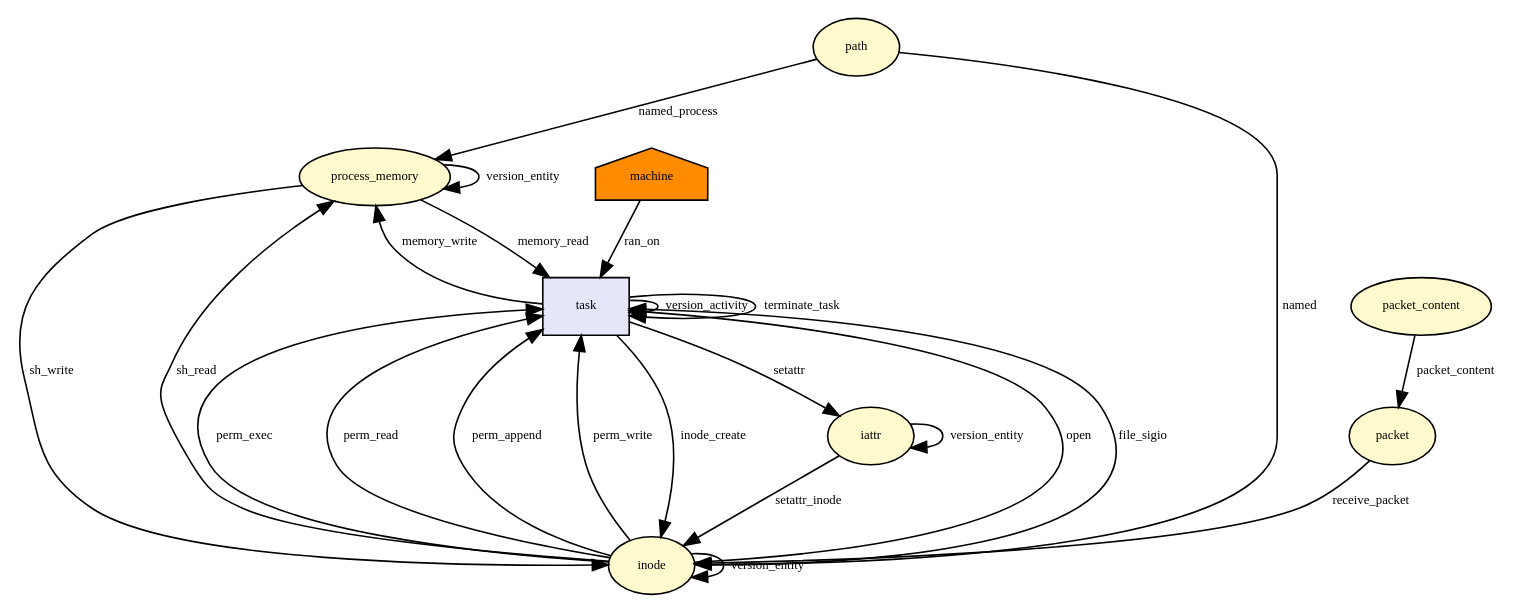
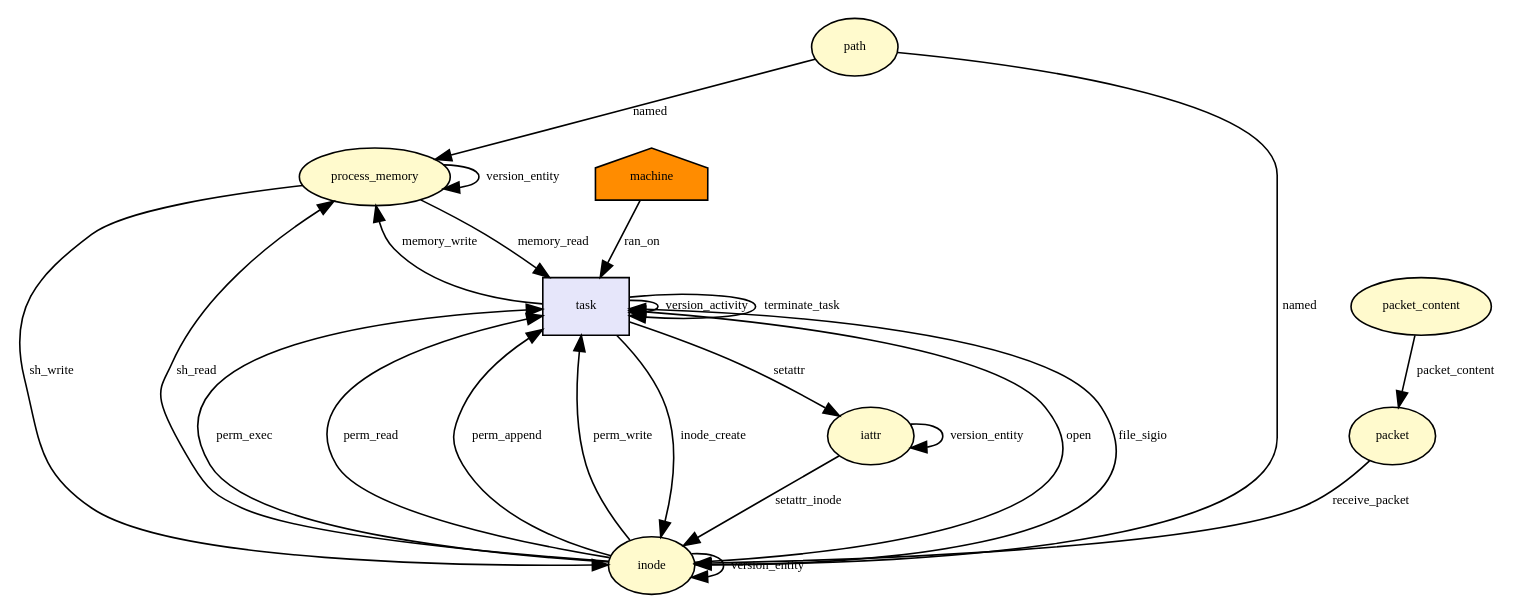
The diagram in docs/dot/__x64_sys_swapon.dot (CamFlow/camflow-dev), drawn with Graphviz before and after one commit. The commit also changed 399 other files, not shown here.

```diff
--- a/docs/dot/__x64_sys_swapon.dot
+++ b/docs/dot/__x64_sys_swapon.dot
@@ -1,63 +1,63 @@
 digraph RGL__DirectedAdjacencyGraph {path[fontsize = 8,label = path,shape = ellipse, fillcolor="#fffacd", style = filled]
 
 process_memory[fontsize = 8,label = process_memory,shape = ellipse, fillcolor="#fffacd", style = filled]
 
-path -> process_memory[fontsize = 8,label = named_process]
+path -> process_memory[fontsize = 8,label = named]
 
 machine[fontsize = 8,label = machine,shape = house, fillcolor="#ff8c00", style = filled]
 
 task[fontsize = 8,label = task,shape = rectangle, fillcolor="#e6e6fa", style = filled]
 
 machine -> task[fontsize = 8,label = ran_on]
 
 inode[fontsize = 8,label = inode,shape = ellipse, fillcolor="#fffacd", style = filled]
 
 path -> inode[fontsize = 8,label = named]
 
 inode -> task[fontsize = 8,label = open]
 
 task -> process_memory[fontsize = 8,label = memory_write]
 
 task -> task[fontsize = 8,label = version_activity]
 
 process_memory -> process_memory[fontsize = 8,label = version_entity]
 
 process_memory -> inode[fontsize = 8,label = sh_write]
 
 inode -> inode[fontsize = 8,label = version_entity]
 
 inode -> task[fontsize = 8,label = file_sigio]
 
 process_memory -> task[fontsize = 8,label = memory_read]
 
 task -> inode[fontsize = 8,label = inode_create]
 
 inode -> process_memory[fontsize = 8,label = sh_read]
 
 inode -> task[fontsize = 8,label = perm_exec]
 
 inode -> task[fontsize = 8,label = perm_read]
 
 inode -> task[fontsize = 8,label = perm_append]
 
 inode -> task[fontsize = 8,label = perm_write]
 
 iattr[fontsize = 8,label = iattr,shape = ellipse, fillcolor="#fffacd", style = filled]
 
 task -> iattr[fontsize = 8,label = setattr]
 
 iattr -> iattr[fontsize = 8,label = version_entity]
 
 iattr -> inode[fontsize = 8,label = setattr_inode]
 
 packet_content[fontsize = 8,label = packet_content,shape = ellipse, fillcolor="#fffacd", style = filled]
 
 packet[fontsize = 8,label = packet,shape = ellipse, fillcolor="#fffacd", style = filled]
 
 packet_content -> packet[fontsize = 8,label = packet_content]
 
 packet -> inode[fontsize = 8,label = receive_packet]
 
 task -> task[fontsize = 8,label = terminate_task]
 
 }
```
